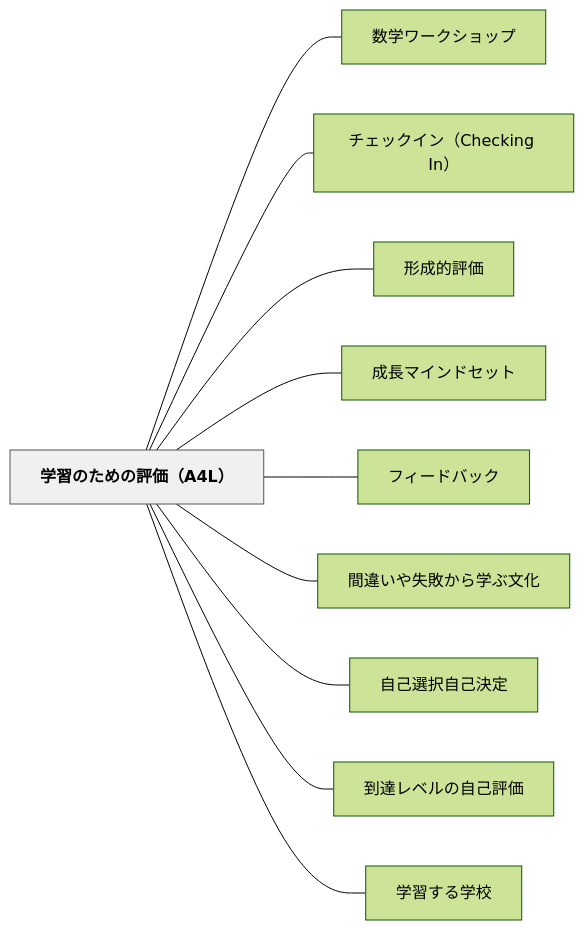
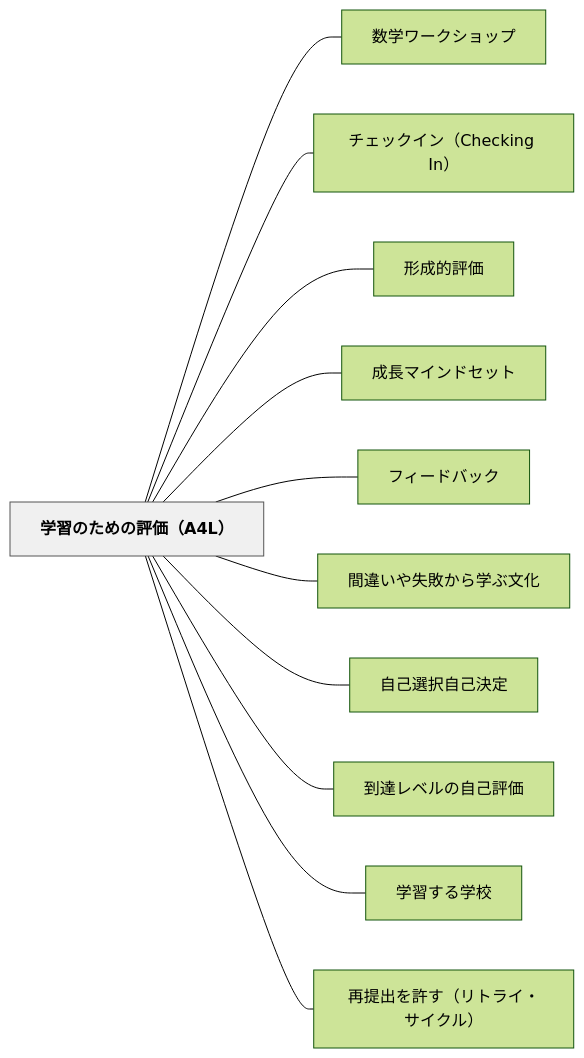
One commit to unknownthings-ed-patterns/unknownthings-ed-patterns changed the diagram in content/パタン/学習のための評価（A4L）.md. Above: the diagram before and after it, drawn with Mermaid (forest theme). The commit also changed other lines of this file and 6 other files, not shown here.

````diff
--- a/content/パタン/学習のための評価（A4L）.md
+++ b/content/パタン/学習のための評価（A4L）.md
@@ -190,26 +191,28 @@
 ```mermaid
 flowchart LR
     ne5ada6e7bf92e381aee3819fe38281e381aee8a995e4bea1efbc8841344cefbc89["学習のための評価（A4L）"]
     ne695b0e5ada6e383afe383bce382afe382b7e383a7e38383e38397["数学ワークショップ"]
     ne38381e382a7e38383e382afe382a4e383b3efbc88436865636b696e6720496eefbc89["チェックイン（Checking In）"]
     ne5bda2e68890e79a84e8a995e4bea1["形成的評価"]
     ne68890e995b7e3839ee382a4e383b3e38389e382bbe38383e38388["成長マインドセット"]
     ne38395e382a3e383bce38389e38390e38383e382af["フィードバック"]
     ne99693e98195e38184e38284e5a4b1e69597e3818be38289e5ada6e381b6e69687e58c96["間違いや失敗から学ぶ文化"]
     ne887aae5b7b1e981b8e68a9ee887aae5b7b1e6b1bae5ae9a["自己選択自己決定"]
     ne588b0e98194e383ace38399e383abe381aee887aae5b7b1e8a995e4bea1["到達レベルの自己評価"]
     ne5ada6e7bf92e38199e3828be5ada6e6a0a1["学習する学校"]
+    ne5868de68f90e587bae38292e8a8b1e38199efbc88e383aae38388e383a9e382a4e383bbe382b5e382a4e382afe383abefbc89["再提出を許す（リトライ・サイクル）"]
 
     ne5ada6e7bf92e381aee3819fe38281e381aee8a995e4bea1efbc8841344cefbc89 --- ne695b0e5ada6e383afe383bce382afe382b7e383a7e38383e38397
     ne5ada6e7bf92e381aee3819fe38281e381aee8a995e4bea1efbc8841344cefbc89 --- ne38381e382a7e38383e382afe382a4e383b3efbc88436865636b696e6720496eefbc89
     ne5ada6e7bf92e381aee3819fe38281e381aee8a995e4bea1efbc8841344cefbc89 --- ne5bda2e68890e79a84e8a995e4bea1
     ne5ada6e7bf92e381aee3819fe38281e381aee8a995e4bea1efbc8841344cefbc89 --- ne68890e995b7e3839ee382a4e383b3e38389e382bbe38383e38388
     ne5ada6e7bf92e381aee3819fe38281e381aee8a995e4bea1efbc8841344cefbc89 --- ne38395e382a3e383bce38389e38390e38383e382af
     ne5ada6e7bf92e381aee3819fe38281e381aee8a995e4bea1efbc8841344cefbc89 --- ne99693e98195e38184e38284e5a4b1e69597e3818be38289e5ada6e381b6e69687e58c96
     ne5ada6e7bf92e381aee3819fe38281e381aee8a995e4bea1efbc8841344cefbc89 --- ne887aae5b7b1e981b8e68a9ee887aae5b7b1e6b1bae5ae9a
     ne5ada6e7bf92e381aee3819fe38281e381aee8a995e4bea1efbc8841344cefbc89 --- ne588b0e98194e383ace38399e383abe381aee887aae5b7b1e8a995e4bea1
     ne5ada6e7bf92e381aee3819fe38281e381aee8a995e4bea1efbc8841344cefbc89 --- ne5ada6e7bf92e38199e3828be5ada6e6a0a1
+    ne5ada6e7bf92e381aee3819fe38281e381aee8a995e4bea1efbc8841344cefbc89 --- ne5868de68f90e587bae38292e8a8b1e38199efbc88e383aae38388e383a9e382a4e383bbe382b5e382a4e382afe383abefbc89
 
     classDef hub fill:#f0f0f0,stroke:#555,color:#000,font-weight:bold
     class ne5ada6e7bf92e381aee3819fe38281e381aee8a995e4bea1efbc8841344cefbc89 hub
 ```
````
